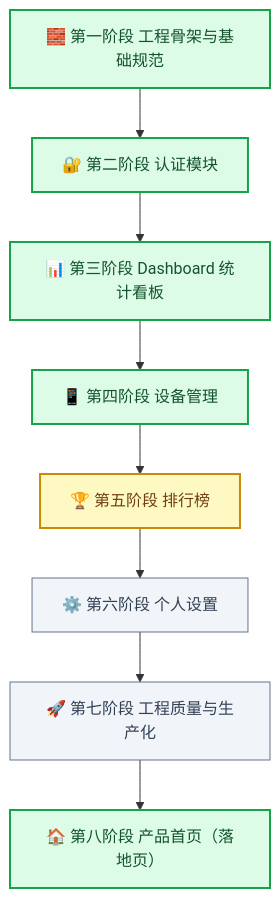
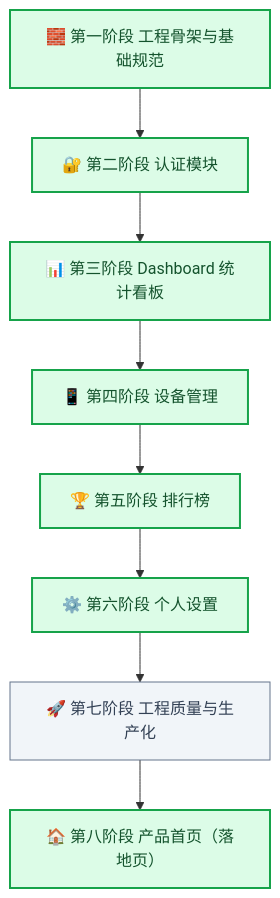
The first of 7 diagrams in .plans/ctt-web-development-plan.md (AhogeK/ctt-web), drawn with Mermaid before and after one commit. The commit also changed other lines of this file and 6 other files, not shown here.

````diff
--- a/.plans/ctt-web-development-plan.md
+++ b/.plans/ctt-web-development-plan.md
@@ -31,24 +31,23 @@
 ```mermaid
 flowchart TB
  accTitle: ctt-web 开发阶段与完成状态
  accDescr: 八个阶段的完成情况。已完成阶段用 done 类标注，部分完成用 partial，未开始用 pending。
 
  base["🧱 第一阶段 工程骨架与基础规范"]
  auth["🔐 第二阶段 认证模块"]
  dash["📊 第三阶段 Dashboard 统计看板"]
  device["📱 第四阶段 设备管理"]
  board["🏆 第五阶段 排行榜"]
  settings["⚙️ 第六阶段 个人设置"]
  quality["🚀 第七阶段 工程质量与生产化"]
  landing["🏠 第八阶段 产品首页（落地页）"]
 
  base --> auth --> dash --> device --> board --> settings --> quality --> landing
 
  classDef done fill:#dcfce7,stroke:#16a34a,stroke-width:2px,color:#14532d
  classDef partial fill:#fef9c3,stroke:#ca8a04,stroke-width:2px,color:#713f12
  classDef pending fill:#f1f5f9,stroke:#64748b,stroke-width:1px,color:#334155
 
- class base,auth,dash,device,landing done
- class board partial
- class settings,quality pending
+ class base,auth,dash,device,board,settings,landing done
+ class quality pending
 ```
````
